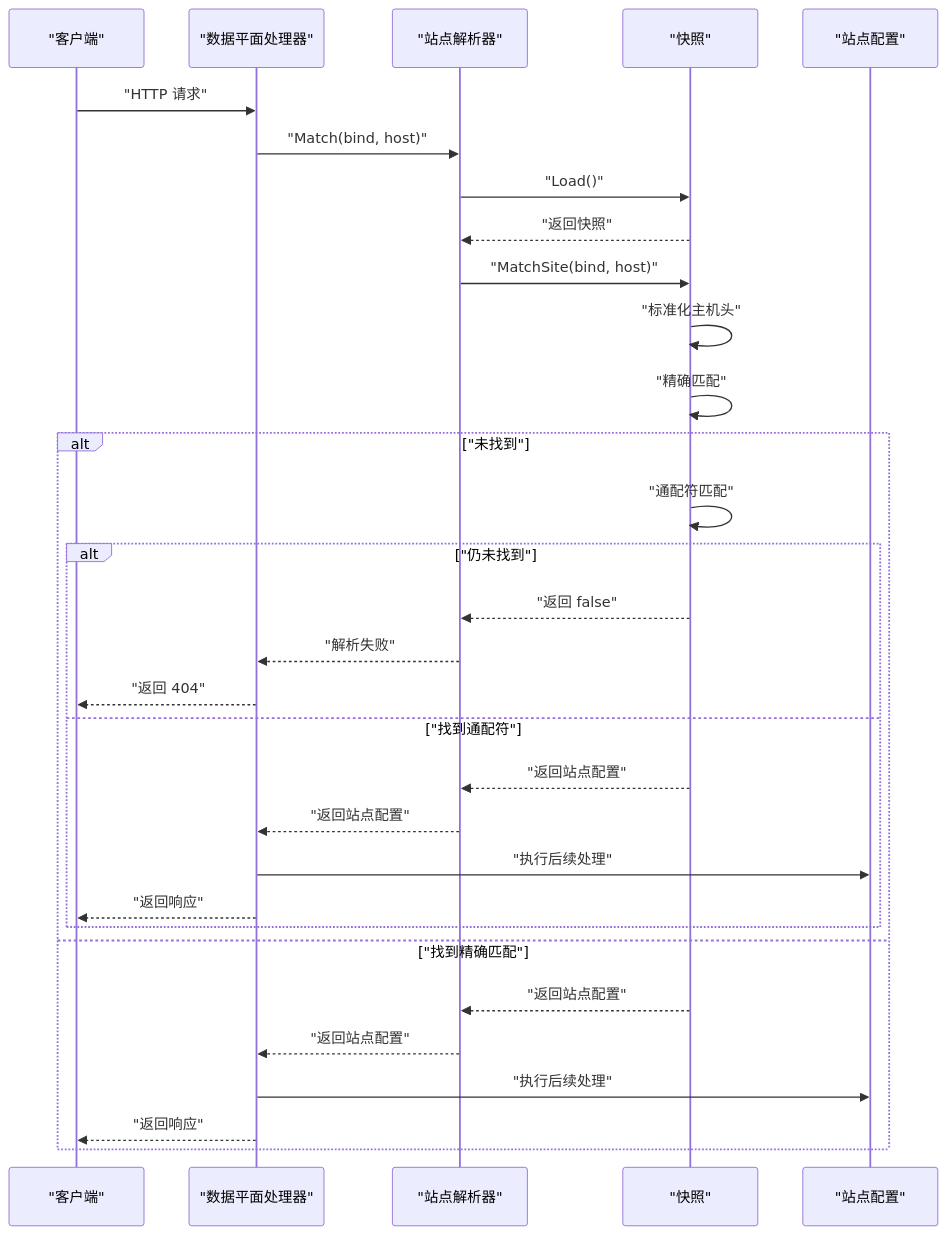
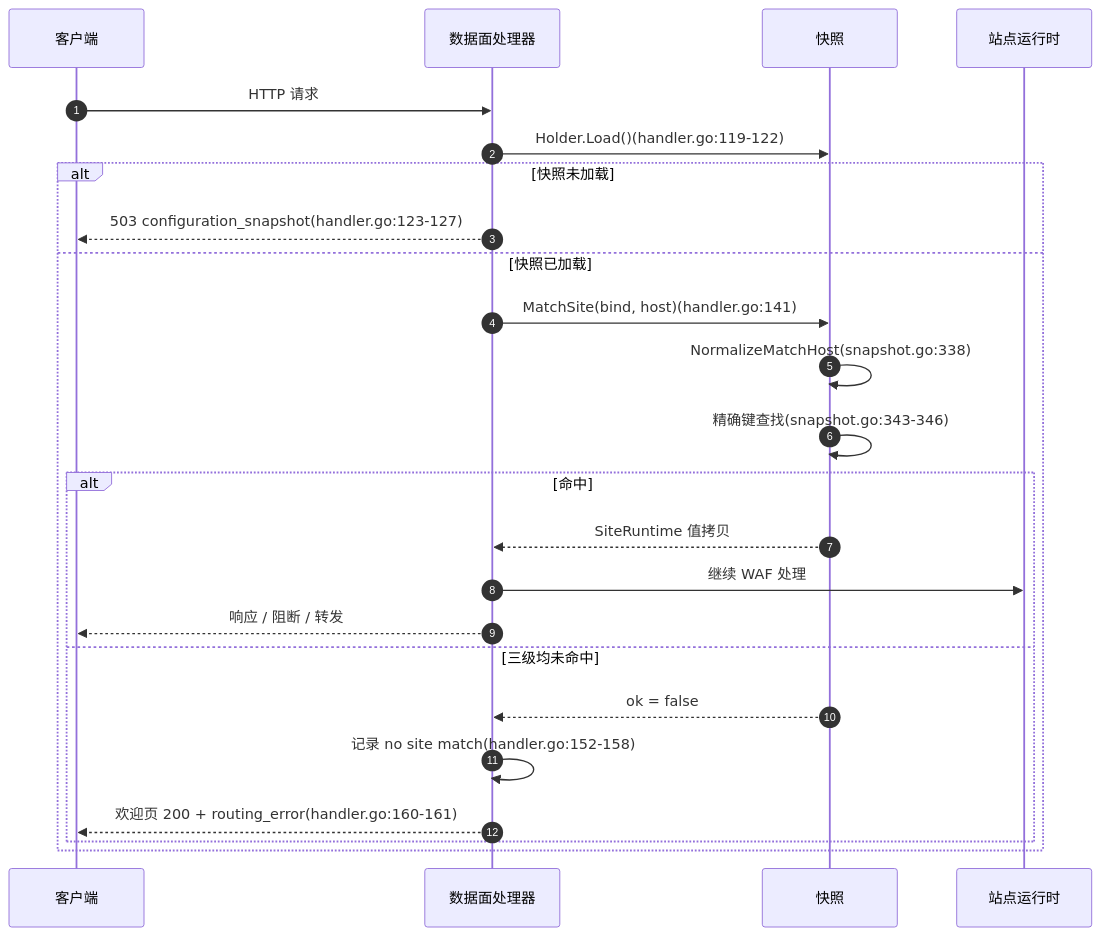
The second of 9 diagrams in docs/WAF 引擎系统/引擎核心架构/站点解析器.md (x01n/My-OpenWaf), drawn with Mermaid before and after one commit. The commit also changed other lines of this file and 622 other files, not shown here.

````diff
--- a/docs/WAF 引擎系统/引擎核心架构/站点解析器.md
+++ b/docs/WAF 引擎系统/引擎核心架构/站点解析器.md
@@ -105,33 +133,26 @@
 ```mermaid
 sequenceDiagram
-participant Client as "客户端"
-participant Handler as "数据平面处理器"
-participant Resolver as "站点解析器"
-participant Snapshot as "快照"
-participant Site as "站点配置"
-Client->>Handler : "HTTP 请求"
-Handler->>Resolver : "Match(bind, host)"
-Resolver->>Snapshot : "Load()"
-Snapshot-->>Resolver : "返回快照"
-Resolver->>Snapshot : "MatchSite(bind, host)"
-Snapshot->>Snapshot : "标准化主机头"
-Snapshot->>Snapshot : "精确匹配"
-alt "未找到"
-Snapshot->>Snapshot : "通配符匹配"
-alt "仍未找到"
-Snapshot-->>Resolver : "返回 false"
-Resolver-->>Handler : "解析失败"
-Handler-->>Client : "返回 404"
-else "找到通配符"
-Snapshot-->>Resolver : "返回站点配置"
-Resolver-->>Handler : "返回站点配置"
-Handler->>Site : "执行后续处理"
-Handler-->>Client : "返回响应"
+autonumber
+participant Client as 客户端
+participant Handler as 数据面处理器
+participant Snap as 快照
+participant Site as 站点运行时
+Client->>Handler : HTTP 请求
+Handler->>Snap : Holder.Load()(handler.go:119-122)
+alt 快照未加载
+Handler-->>Client : 503 configuration_snapshot(handler.go:123-127)
+else 快照已加载
+Handler->>Snap : MatchSite(bind, host)(handler.go:141)
+Snap->>Snap : NormalizeMatchHost(snapshot.go:338)
+Snap->>Snap : 精确键查找(snapshot.go:343-346)
+alt 命中
+Snap-->>Handler : SiteRuntime 值拷贝
+Handler->>Site : 继续 WAF 处理
+Handler-->>Client : 响应 / 阻断 / 转发
+else 三级均未命中
+Snap-->>Handler : ok = false
+Handler->>Handler : 记录 no site match(handler.go:152-158)
+Handler-->>Client : 欢迎页 200 + routing_error(handler.go:160-161)
 end
-else "找到精确匹配"
-Snapshot-->>Resolver : "返回站点配置"
-Resolver-->>Handler : "返回站点配置"
-Handler->>Site : "执行后续处理"
-Handler-->>Client : "返回响应"
 end
 ```
````
